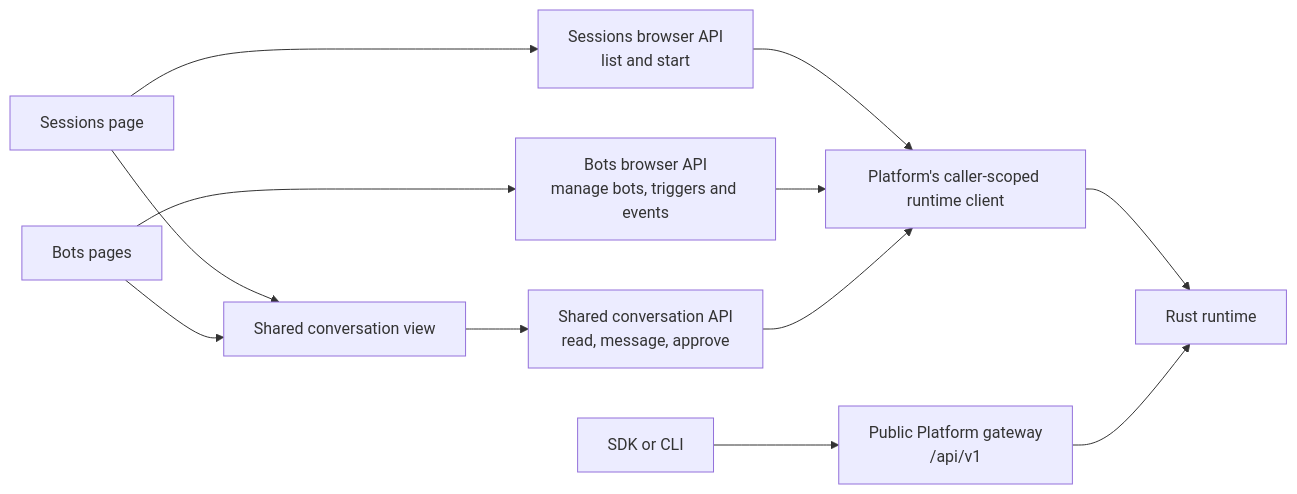
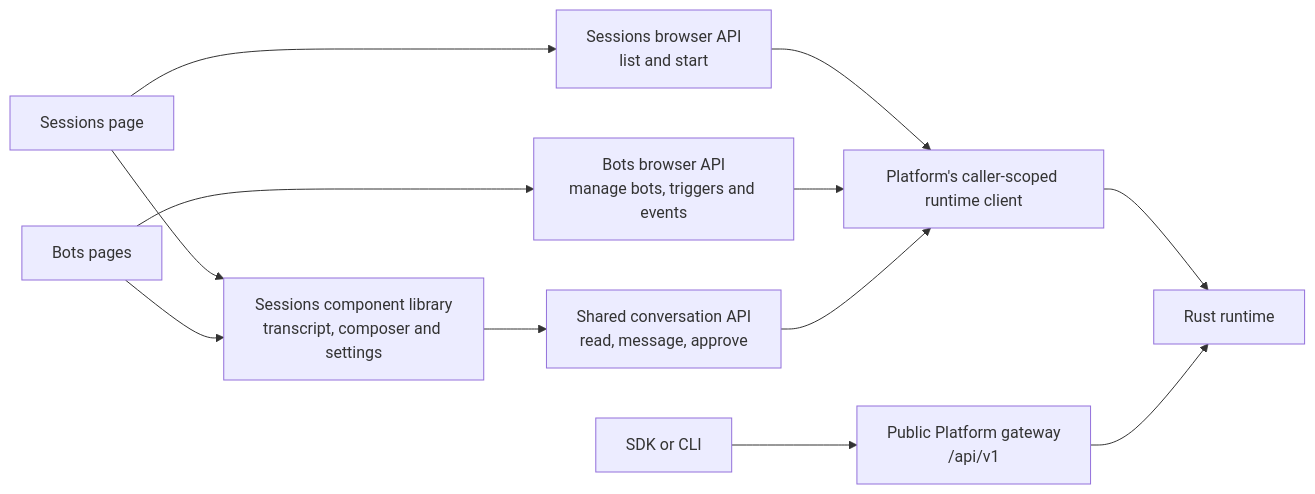
Before and after one commit to smartcomputer-ai/lightspeed: the first of 5 diagrams in docs/roadmap/later/pNNN-platform-modules.md, drawn with Mermaid. The commit also changed other lines of this file and 273 other files, not shown here.

Commit message:
Move conversation UI into the Sessions module and compose both Platform hosts in the distribution

````diff
--- a/docs/roadmap/later/pNNN-platform-modules.md
+++ b/docs/roadmap/later/pNNN-platform-modules.md
@@ -22,14 +23,14 @@
 ```mermaid
 flowchart LR
     sessions["Sessions page"] --> collection["Sessions browser API<br/>list and start"]
     bots["Bots pages"] --> management["Bots browser API<br/>manage bots, triggers and events"]
-    sessions --> view["Shared conversation view"]
+    sessions --> view["Sessions component library<br/>transcript, composer and settings"]
     bots --> view
     view --> detail["Shared conversation API<br/>read, message, approve"]
     collection --> client["Platform's caller-scoped runtime client"]
     management --> client
     detail --> client
     client --> core["Rust runtime"]
     sdk["SDK or CLI"] --> gateway["Public Platform gateway<br/>/api/v1"]
     gateway --> core
 ```
````
